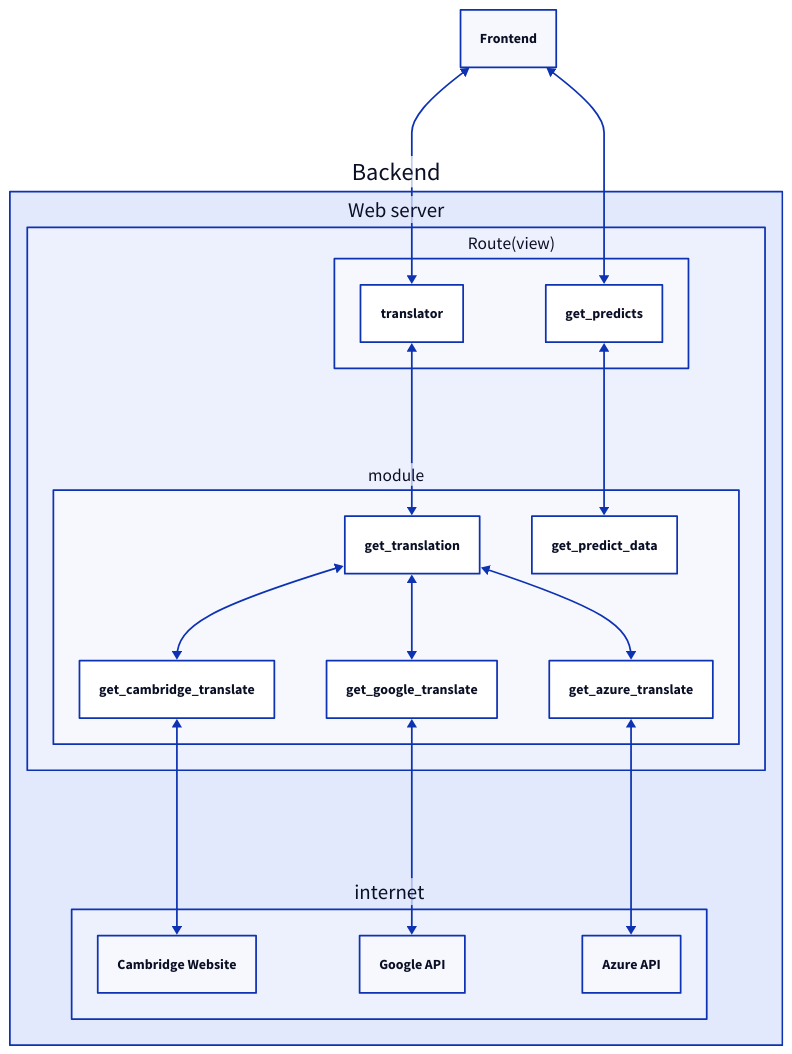
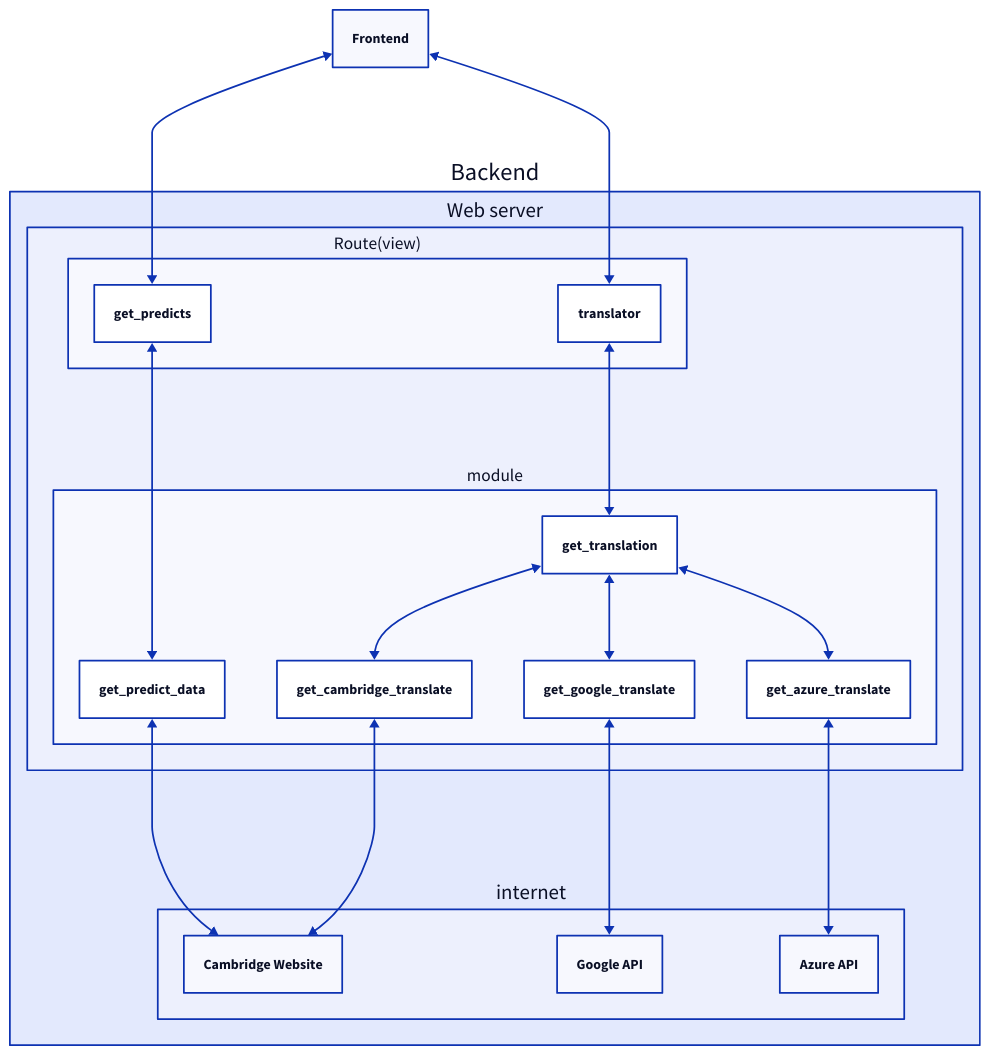
Before and after one commit to eran0926/multi_engine_translator: the diagram in doc/architecture diagram.d2, drawn with D2.

Commit message:
docs fix: add get predict part to digram

```diff
--- a/doc/architecture diagram.d2
+++ b/doc/architecture diagram.d2
@@ -1,24 +1,25 @@
 Frontend <-> Backend.vm.view.get_predicts
 Frontend <-> Backend.vm.view.translator
 Backend: {
   vm: Web server {
     view: Route(view) {
       translator <-> _.module.get_translation
       get_predicts <-> _.module.get_predict_data
     }
     module: module {
+      get_predict_data <-> _._.internet.Cambridge Website
       get_translation <-> get_cambridge_translate <-> _._.internet.Cambridge Website
       get_translation <-> get_google_translate <-> _._.internet.Google API
       get_translation <-> get_azure_translate <-> _._.internet.Azure API
     }
   }
   internet: {
     Google API
     Azure API
     Cambridge Website
   }
 }
 # Backend <-> Google API
 # Backend <-> Azure API
 # Backend <-> Cambridge Website
 # Backend <-> Cambridge Predict: 預測使用者填入的單字
```
